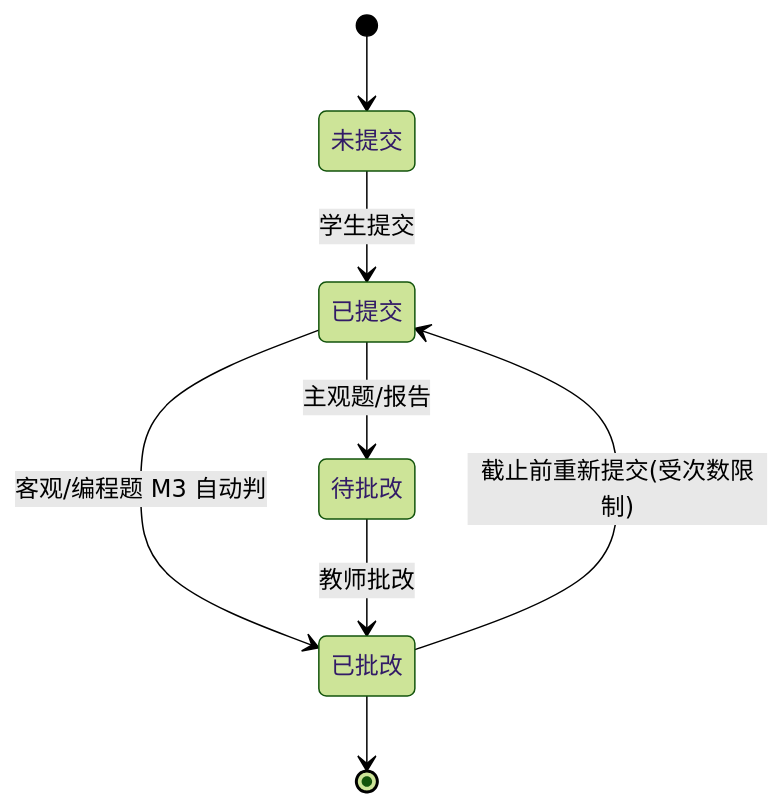
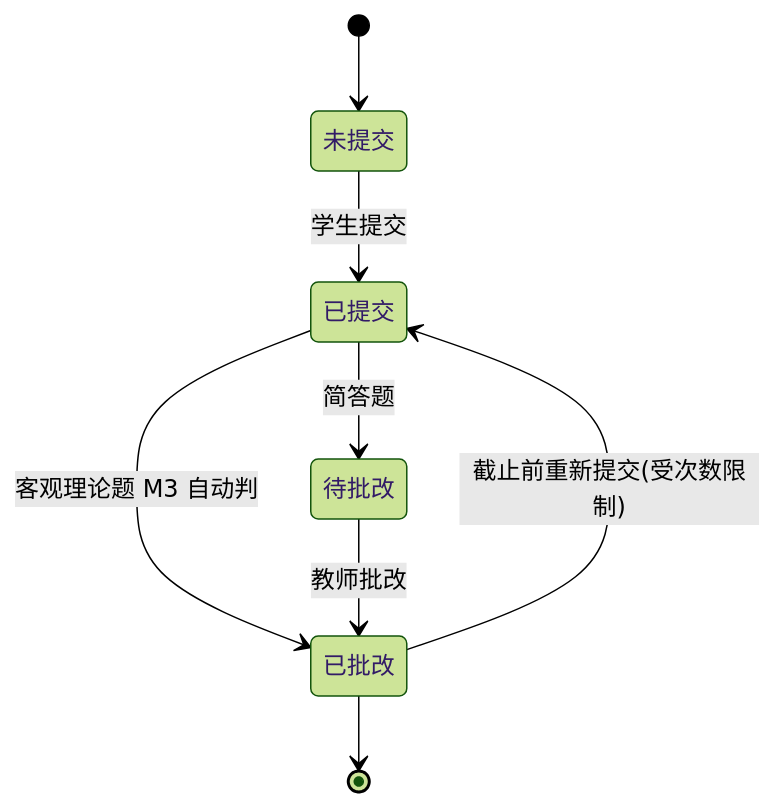
Before and after one commit to menghuishisan/CHAIMIR: the fourth of 7 diagrams in docs/06-教学/05-业务流程与状态机.md, drawn with Mermaid (forest theme). The commit also changed other lines of this file and 322 other files, not shown here.

````diff
--- a/docs/06-教学/05-业务流程与状态机.md
+++ b/docs/06-教学/05-业务流程与状态机.md
@@ -72,10 +73,10 @@
 ```mermaid
 stateDiagram-v2
     [*] --> 未提交
     未提交 --> 已提交: 学生提交
-    已提交 --> 已批改: 客观/编程题 M3 自动判
-    已提交 --> 待批改: 主观题/报告
+    已提交 --> 已批改: 客观理论题 M3 自动判
+    已提交 --> 待批改: 简答题
     待批改 --> 已批改: 教师批改
     已批改 --> 已提交: 截止前重新提交(受次数限制)
     已批改 --> [*]
 ```
````
